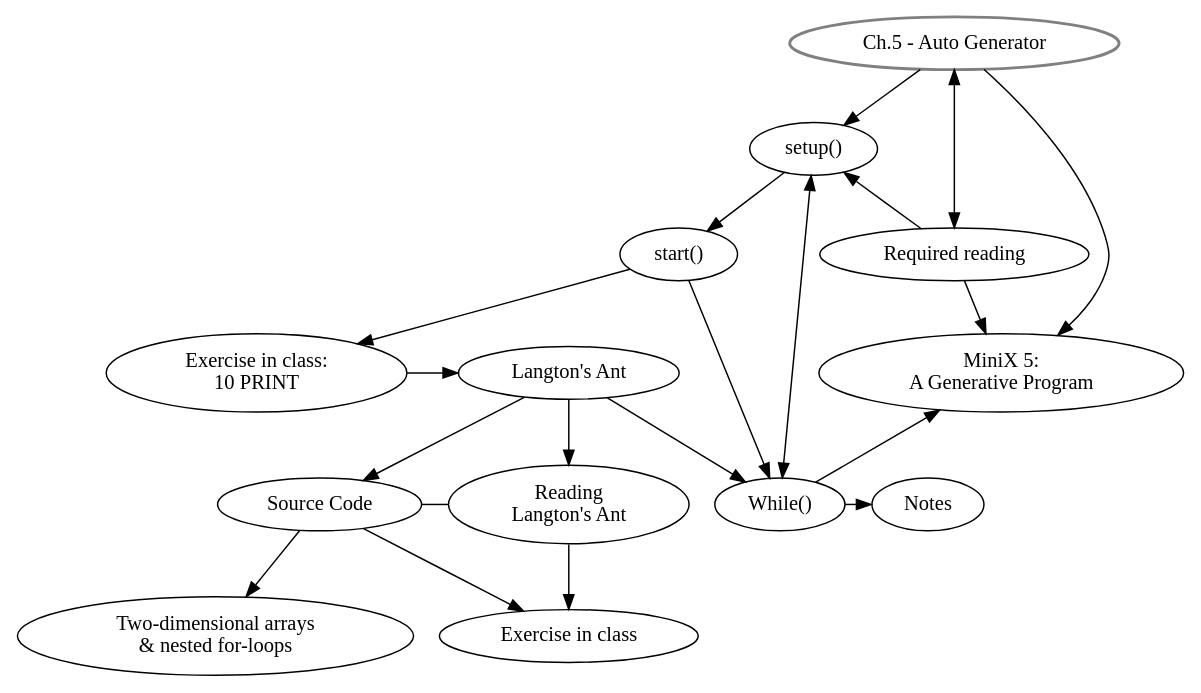
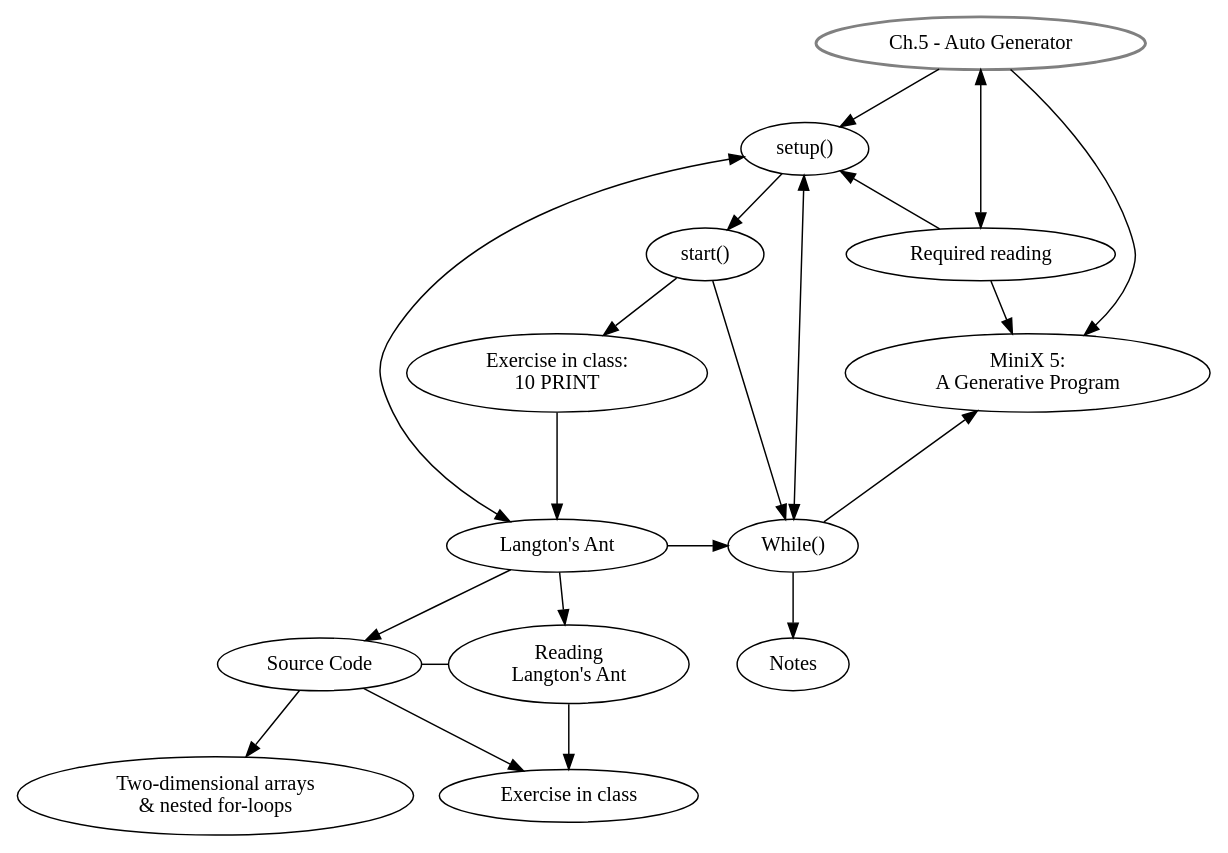
One commit to danbz/aesthetic-programming changed the diagram in graphviz/AP_ch5.dot. Above: the diagram before and after it, drawn with Graphviz. The commit also changed 2 other files, not shown here.

```diff
--- a/graphviz/AP_ch5.dot
+++ b/graphviz/AP_ch5.dot
@@ -1,44 +1,46 @@
 digraph G {
 //labels
 GS [
 label="Ch.5 - Auto Generator",
 style=bold,
 color=grey,
 ]
 
 SU [label="setup()"]
 ST [label="start()"]
 EiC [label="Exercise in class: \n10 PRINT"]
 LA [label="Langton's Ant"]
 SC [label="Source Code"]
 RLA [label="Reading \nLangton's Ant"]
 AL [label="Two-dimensional arrays \n& nested for-loops
 "]
 EiC2 [label="Exercise in class"]
 MW [label="While()"]
 MX [label="MiniX 5: \nA Generative Program"]
 RR [label="Required reading"]
 Notes [label="Notes"]
 
 //rank
 {rank = same; RR, ST}
-{rank = same; LA, EiC}
+//{rank = same; LA, EiC}
 {rank = same; RLA, SC}
-{rank = same; MX, LA}
-{rank = same; MW, Notes}
+{rank = same; MX, EiC}
+{rank = same; MW, LA}
+
 
 //graph
 GS -> SU -> ST -> EiC;
 EiC-> LA[minlen=2];
+LA -> SU [dir=both];
 GS -> MX;
 GS -> RR[dir=both];
 SU -> MW [dir=both];
 SC -> RLA [dir=none];
 RR -> MX, SU;
 LA -> SC, RLA -> EiC2;
 SC -> AL;
 ST -> MW -> Notes;
 MW -> MX;
 LA -> MW;
 
 }
```
